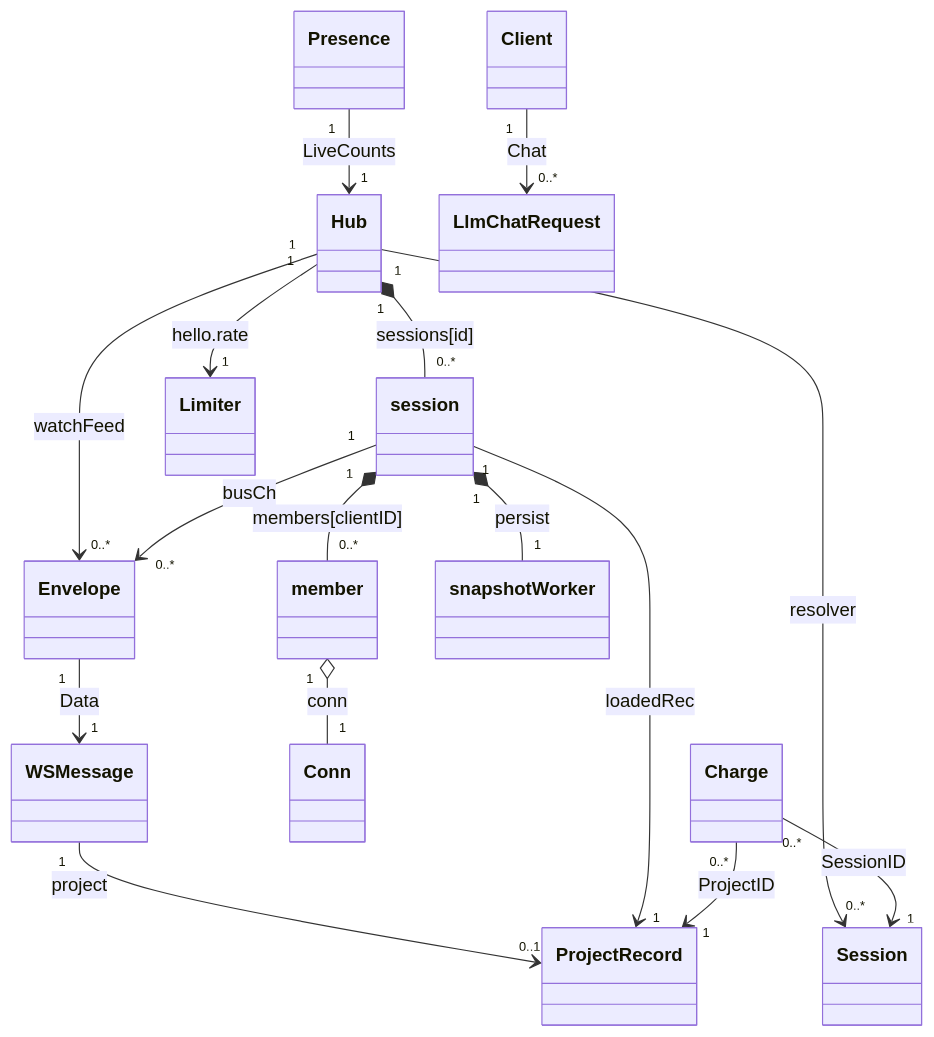
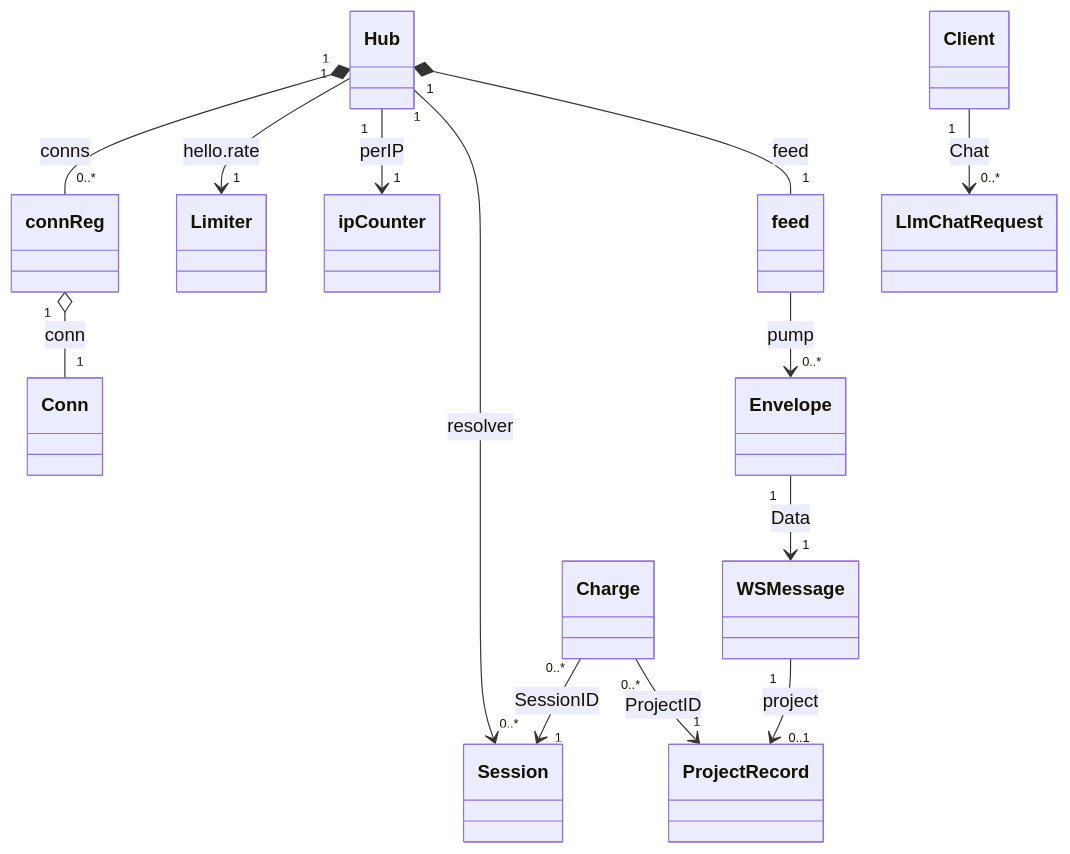
One commit to andrew1407/stencil changed the second of 2 diagrams in server/ARCHITECTURE.md. Above: the diagram before and after it, drawn with Mermaid. The commit also changed other lines of this file and 839 other files, not shown here.

````diff
--- a/server/ARCHITECTURE.md
+++ b/server/ARCHITECTURE.md
@@ -74,18 +74,15 @@
 ```mermaid
 classDiagram
     WSMessage "1" --> "0..1" ProjectRecord : project
     Envelope "1" --> "1" WSMessage : Data
-    Hub "1" *-- "0..*" session : sessions[id]
+    Hub "1" *-- "0..*" connReg : conns
     Hub "1" --> "1" Limiter : hello.rate
+    Hub "1" --> "1" ipCounter : perIP
     Hub "1" --> "0..*" Session : resolver
-    Hub "1" --> "0..*" Envelope : watchFeed
-    session "1" *-- "0..*" member : members[clientID]
-    session "1" *-- "1" snapshotWorker : persist
-    session "1" --> "1" ProjectRecord : loadedRec
-    session "1" --> "0..*" Envelope : busCh
-    member "1" o-- "1" Conn : conn
+    Hub "1" *-- "1" feed : feed
+    feed --> "0..*" Envelope : pump
+    connReg "1" o-- "1" Conn : conn
     Client "1" --> "0..*" LlmChatRequest : Chat
     Charge "0..*" --> "1" Session : SessionID
     Charge "0..*" --> "1" ProjectRecord : ProjectID
-    Presence "1" --> "1" Hub : LiveCounts
 ```
````
